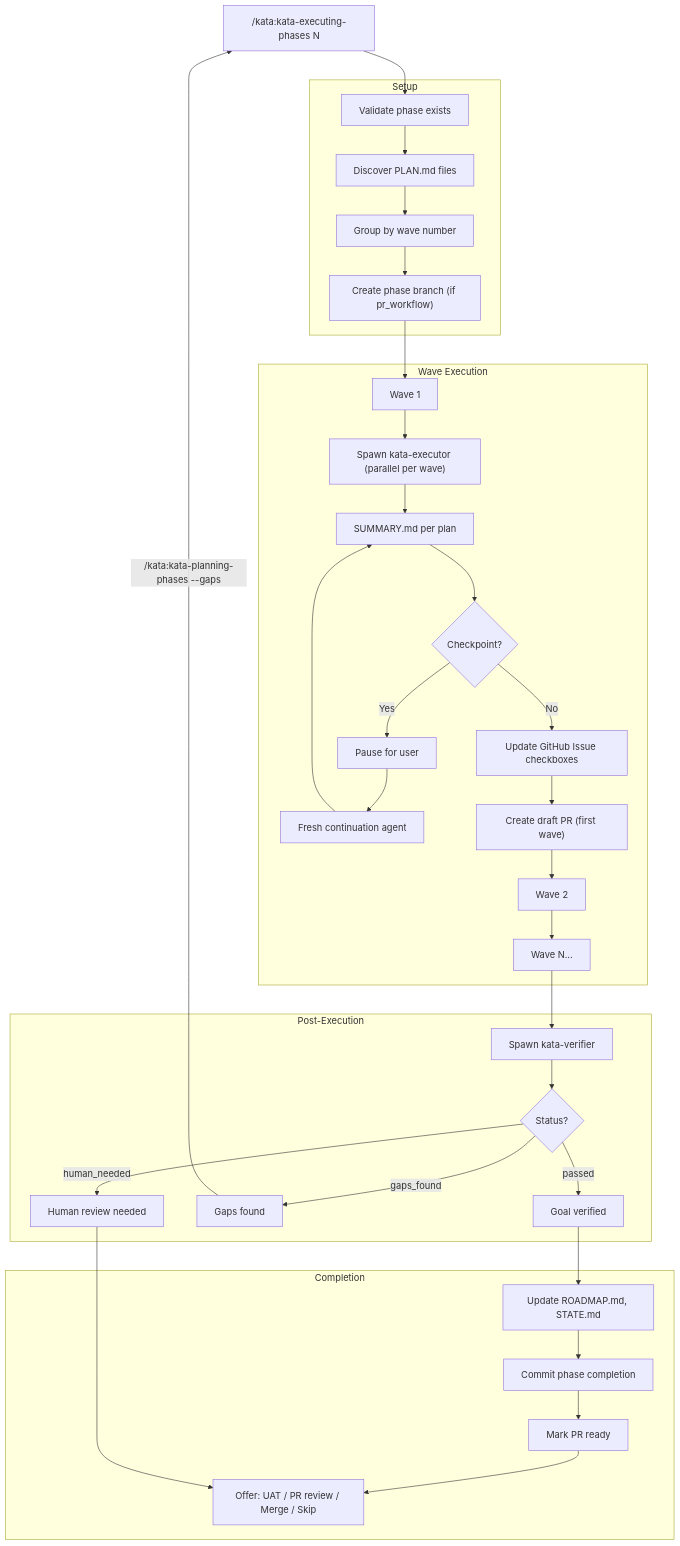
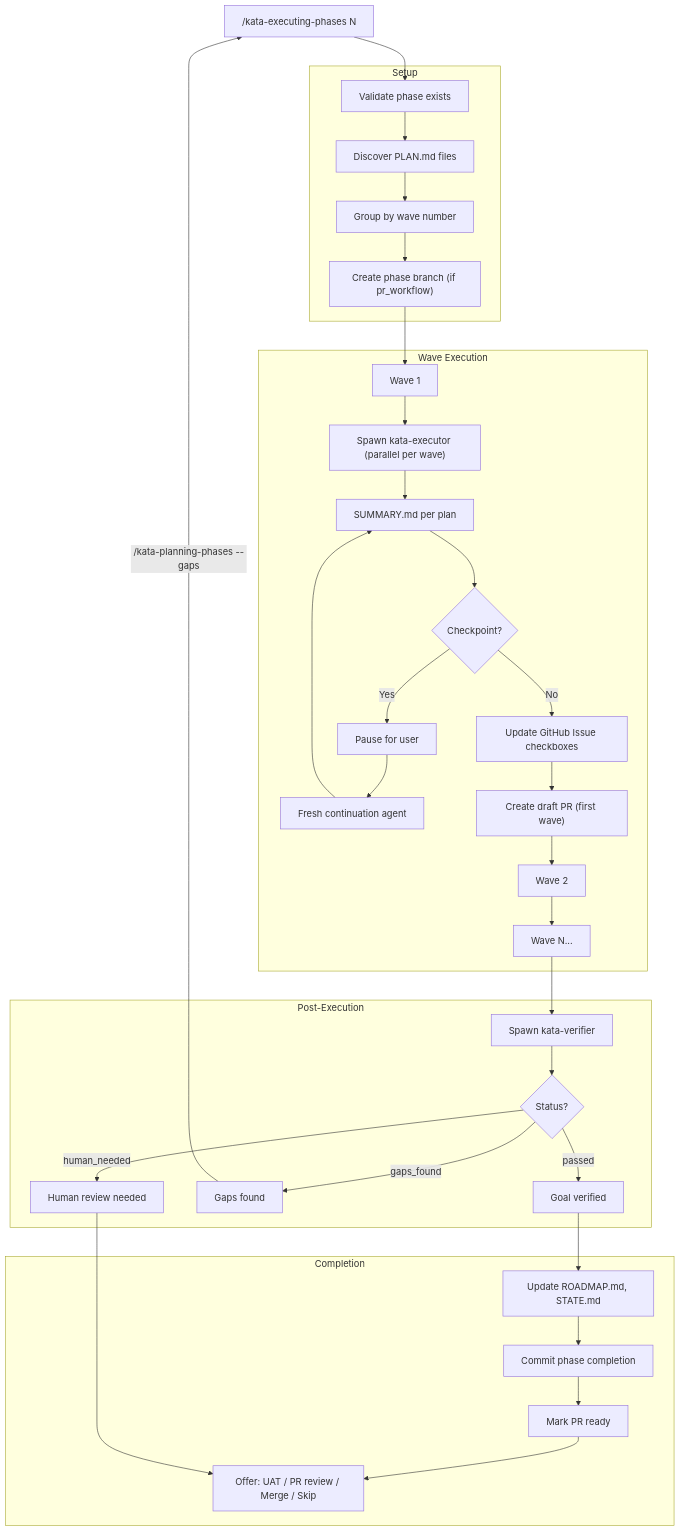
Before and after one commit to gannonh/kata: the fourth of 6 diagrams in .docs/USER-JOURNEYS.md, drawn with Mermaid. The commit also changed other lines of this file and 89 other files, not shown here.

````diff
--- a/.docs/USER-JOURNEYS.md
+++ b/.docs/USER-JOURNEYS.md
@@ -227,66 +227,66 @@
 ```mermaid
 flowchart TD
-    START["/kata:kata-executing-phases N"]
+    START["/kata-executing-phases N"]
 
     subgraph Setup["Setup"]
         VAL["Validate phase exists"]
         DISC["Discover PLAN.md files"]
         WAVE["Group by wave number"]
         BRANCH["Create phase branch (if pr_workflow)"]
     end
 
     subgraph Execute["Wave Execution"]
         W1["Wave 1"]
         W2["Wave 2"]
         WN["Wave N..."]
         SPAWN["Spawn kata-executor (parallel per wave)"]
         SUMM["SUMMARY.md per plan"]
         CHKPT{"Checkpoint?"}
         PAUSE["Pause for user"]
         RESUME["Fresh continuation agent"]
         GHUPD["Update GitHub Issue checkboxes"]
         PR["Create draft PR (first wave)"]
     end
 
     subgraph Verify["Post-Execution"]
         VER["Spawn kata-verifier"]
         VSTAT{"Status?"}
         PASSED["Goal verified"]
         GAPS["Gaps found"]
         HUMAN["Human review needed"]
     end
 
     subgraph Complete["Completion"]
         UPD["Update ROADMAP.md, STATE.md"]
         COMMIT["Commit phase completion"]
         PRREADY["Mark PR ready"]
         OFFER["Offer: UAT / PR review / Merge / Skip"]
     end
 
     START --> VAL
     VAL --> DISC
     DISC --> WAVE
     WAVE --> BRANCH
     BRANCH --> W1
     W1 --> SPAWN
     SPAWN --> SUMM
     SUMM --> CHKPT
     CHKPT -->|"Yes"| PAUSE
     PAUSE --> RESUME
     RESUME --> SUMM
     CHKPT -->|"No"| GHUPD
     GHUPD --> PR
     PR --> W2
     W2 --> WN
     WN --> VER
     VER --> VSTAT
     VSTAT -->|"passed"| PASSED
     VSTAT -->|"gaps_found"| GAPS
     VSTAT -->|"human_needed"| HUMAN
     PASSED --> UPD
     UPD --> COMMIT
     COMMIT --> PRREADY
     PRREADY --> OFFER
-    GAPS -->|"/kata:kata-planning-phases --gaps"| START
+    GAPS -->|"/kata-planning-phases --gaps"| START
     HUMAN --> OFFER
 ```
````
